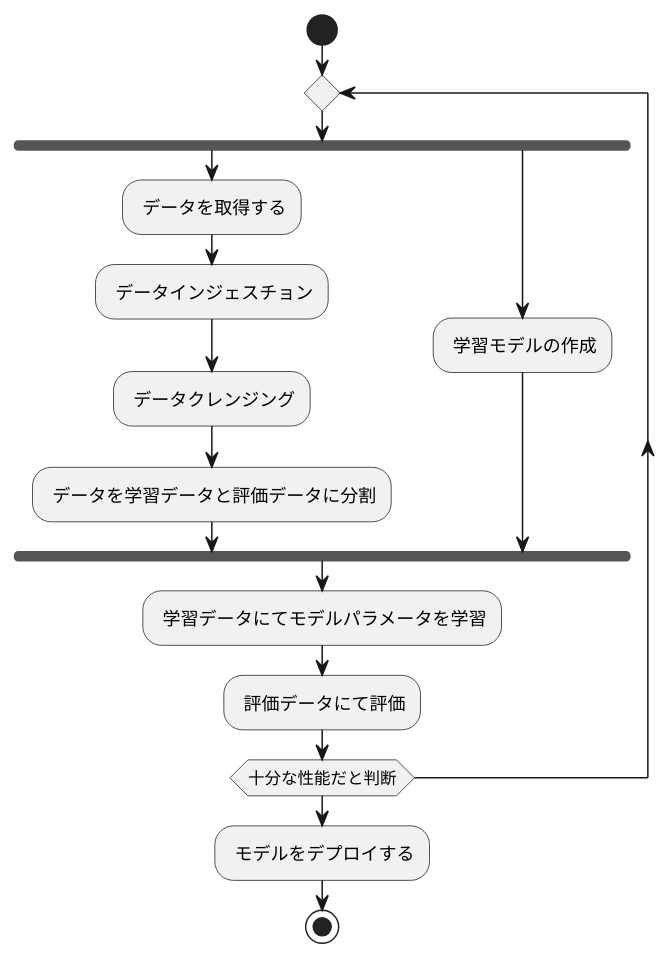
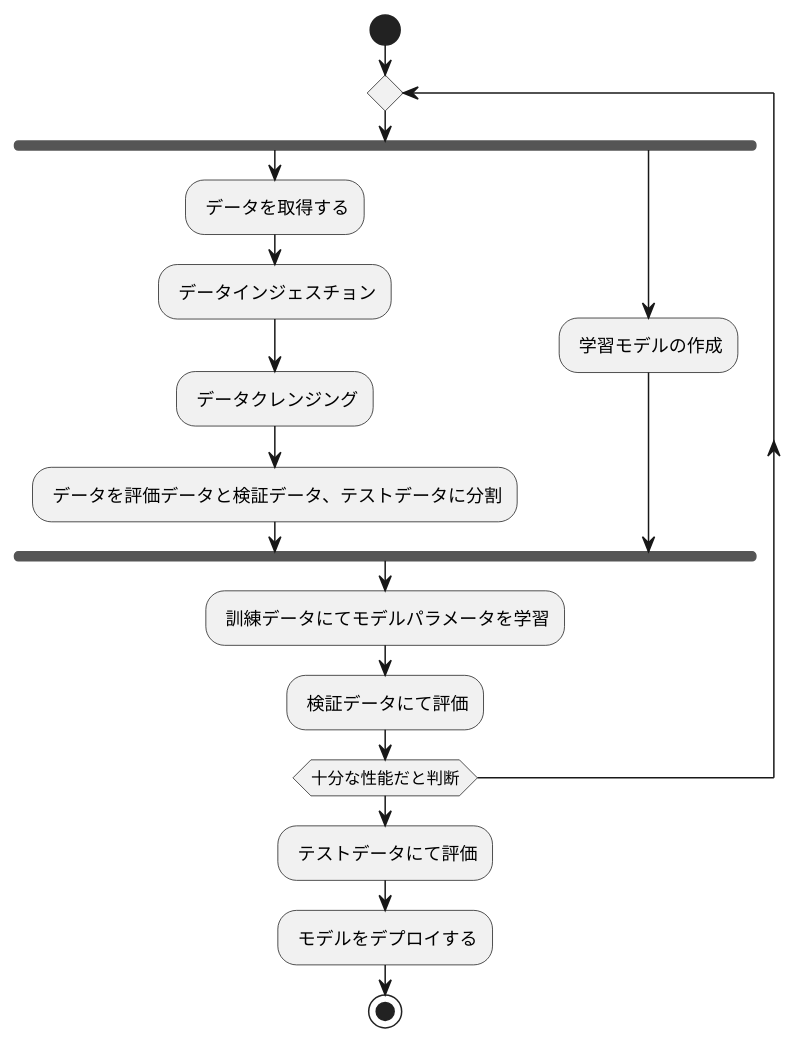
One commit to HirotoSAKAHARA/HirotoSAKAHARA.github.io changed the second of 8 diagrams in ai/ai.pu. Above: the diagram before and after it, drawn with PlantUML. The commit also changed other lines of this file and 3 other files, not shown here.

```diff
--- a/ai/ai.pu
+++ b/ai/ai.pu
@@ -15,18 +15,19 @@
 @startuml learning_procedure
 start
 repeat
 fork
 : データを取得する;
 : データインジェスチョン;
 : データクレンジング;
-: データを学習データと評価データに分割;
+: データを評価データと検証データ、テストデータに分割;
 fork again
 : 学習モデルの作成;
 end fork
-: 学習データにてモデルパラメータを学習;
-: 評価データにて評価;
+: 訓練データにてモデルパラメータを学習;
+: 検証データにて評価;
 repeat while(十分な性能だと判断)
+: テストデータにて評価;
 : モデルをデプロイする;
 stop
 skinparam backgroundColor transparent
 @enduml
```
